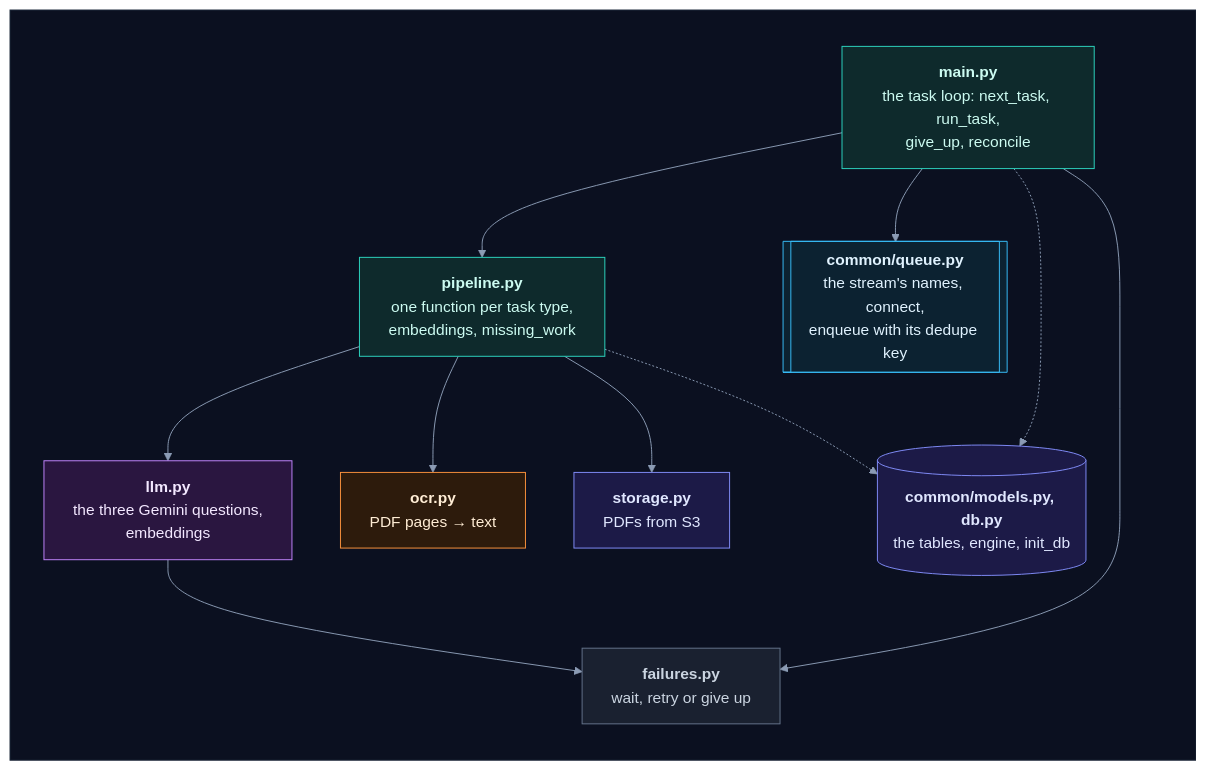
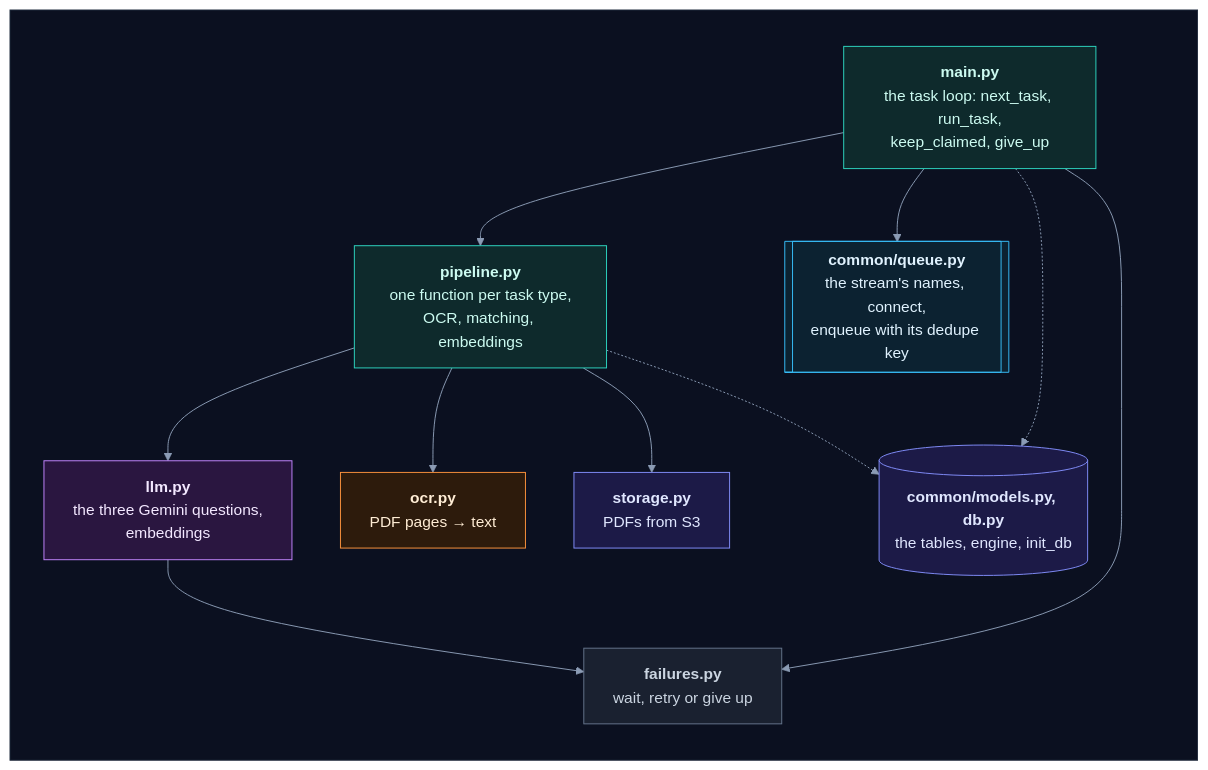
One commit to selvakumarperumal/Regulatory_Circular_Impact_Agent changed diagram 27 of 44 in backend/worker/INTERNALS.md. Above: the diagram before and after it, drawn with Mermaid. The commit also changed other lines of this file and 7 other files, not shown here.

````diff
--- a/backend/worker/INTERNALS.md
+++ b/backend/worker/INTERNALS.md
@@ -1448,41 +1491,41 @@
 ```mermaid
 %%{init: {"theme": "base", "flowchart": {"diagramPadding": 0}, "themeVariables": {"darkMode": true, "primaryColor": "#16213a", "primaryTextColor": "#e6edf7", "primaryBorderColor": "#475a7a", "lineColor": "#8b9bb4", "secondaryColor": "#1b2436", "tertiaryColor": "#101a2e", "edgeLabelBackground": "#0f172a", "textColor": "#e2e8f0", "clusterBkg": "#0f1728", "clusterBorder": "#2b3a55", "titleColor": "#c4b5fd", "nodeTextColor": "#e6edf7"}}}%%
 flowchart TB
     subgraph canvas[" "]
         direction TB
-        main["<b>main.py</b><br/>the task loop: next_task, run_task,<br/>give_up, reconcile"]
-        pipeline["<b>pipeline.py</b><br/>one function per task type,<br/>embeddings, missing_work"]
+        main["<b>main.py</b><br/>the task loop: next_task, run_task,<br/>keep_claimed, give_up"]
+        pipeline["<b>pipeline.py</b><br/>one function per task type,<br/>OCR, matching, embeddings"]
         queue[["<b>common/queue.py</b><br/>the stream's names, connect,<br/>enqueue with its dedupe key"]]
         failures["<b>failures.py</b><br/>wait, retry or give up"]
         llm["<b>llm.py</b><br/>the three Gemini questions,<br/>embeddings"]
         ocr["<b>ocr.py</b><br/>PDF pages → text"]
         storage["<b>storage.py</b><br/>PDFs from S3"]
         common[("<b>common/models.py, db.py</b><br/>the tables, engine, init_db")]
         main --> pipeline
         main --> queue
         main --> failures
         pipeline --> llm
         pipeline --> ocr
         pipeline --> storage
         llm --> failures
         main -.-> common
         pipeline -.-> common
     end
     classDef svc fill:#0e2a2c,stroke:#2dd4bf,color:#ccfbf1
     classDef data fill:#1c1a47,stroke:#818cf8,color:#e0e7ff
     classDef ext fill:#2a1640,stroke:#c084fc,color:#f3e8ff
     classDef gpu fill:#2d1b0c,stroke:#fb923c,color:#ffedd5
     classDef ask fill:#2a2410,stroke:#fbbf24,color:#fef3c7
     classDef ok fill:#0b2a1c,stroke:#34d399,color:#d1fae5
     classDef bad fill:#2e0f17,stroke:#fb7185,color:#ffe4e6
     classDef start fill:#1c2a0e,stroke:#a7ef6f,color:#ecfccb
     classDef muted fill:#1a2130,stroke:#64748b,color:#cbd5e1
     classDef queue fill:#0c2231,stroke:#38bdf8,color:#e0f2fe
     class main,pipeline svc
     class queue queue
     class failures muted
     class llm ext
     class ocr gpu
     class storage,common data
     style canvas fill:#0b1020,stroke:#1e293b,color:#0b1020
 ```
````
